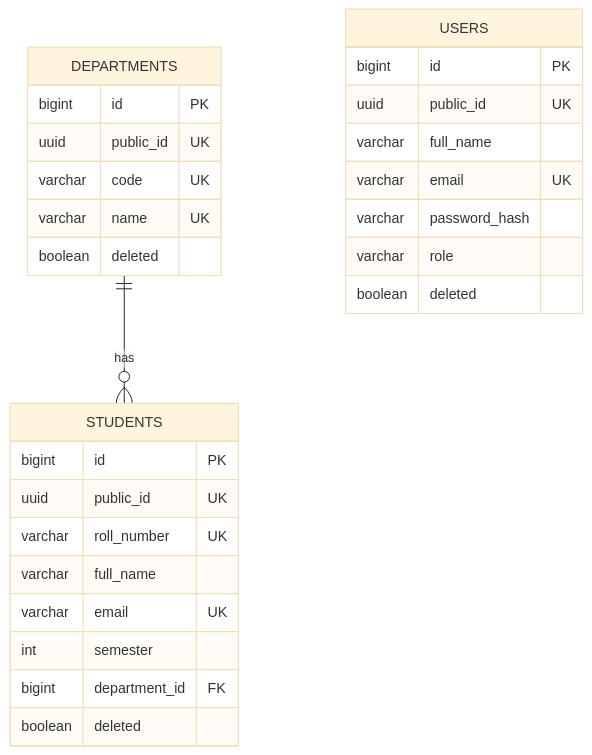
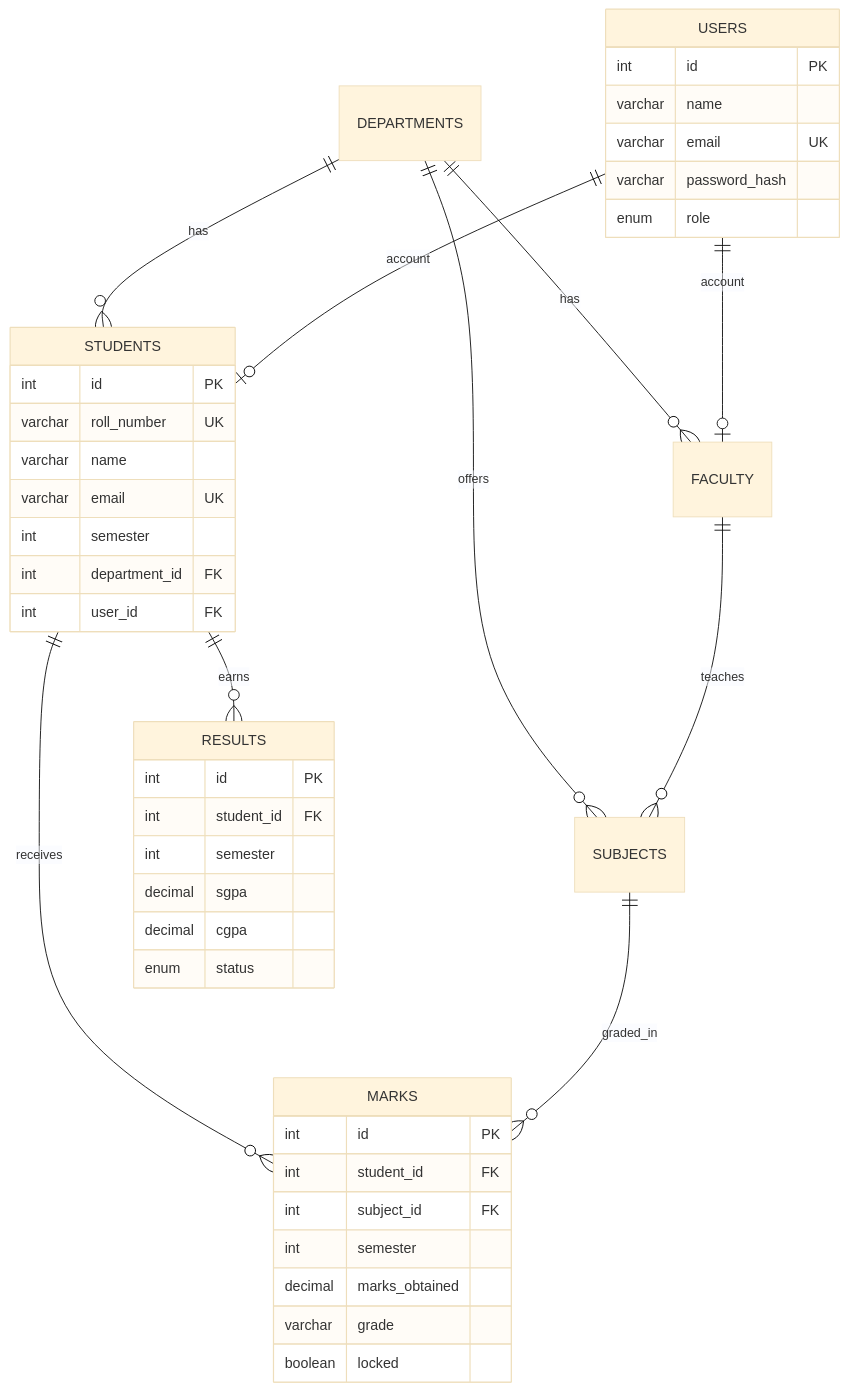
One commit to ansht120/college-full-stack-web-development-project changed the third of 4 diagrams in docs/architecture.md. Above: the diagram before and after it, drawn with Mermaid (base theme). The commit also changed other lines of this file and 5 other files, not shown here.

````diff
--- a/docs/architecture.md
+++ b/docs/architecture.md
@@ -27,30 +24,45 @@
 ```mermaid
 erDiagram
     DEPARTMENTS ||--o{ STUDENTS : has
+    DEPARTMENTS ||--o{ FACULTY : has
+    DEPARTMENTS ||--o{ SUBJECTS : offers
+    FACULTY ||--o{ SUBJECTS : teaches
+    STUDENTS ||--o{ MARKS : receives
+    SUBJECTS ||--o{ MARKS : graded_in
+    STUDENTS ||--o{ RESULTS : earns
+    USERS ||--o| STUDENTS : account
+    USERS ||--o| FACULTY : account
     USERS {
-        bigint id PK
-        uuid public_id UK
-        varchar full_name
+        int id PK
+        varchar name
         varchar email UK
         varchar password_hash
-        varchar role
-        boolean deleted
-    }
-    DEPARTMENTS {
-        bigint id PK
-        uuid public_id UK
-        varchar code UK
-        varchar name UK
-        boolean deleted
+        enum role
     }
     STUDENTS {
-        bigint id PK
-        uuid public_id UK
+        int id PK
         varchar roll_number UK
-        varchar full_name
+        varchar name
         varchar email UK
         int semester
-        bigint department_id FK
-        boolean deleted
+        int department_id FK
+        int user_id FK
+    }
+    MARKS {
+        int id PK
+        int student_id FK
+        int subject_id FK
+        int semester
+        decimal marks_obtained
+        varchar grade
+        boolean locked
+    }
+    RESULTS {
+        int id PK
+        int student_id FK
+        int semester
+        decimal sgpa
+        decimal cgpa
+        enum status
     }
 ```
````
